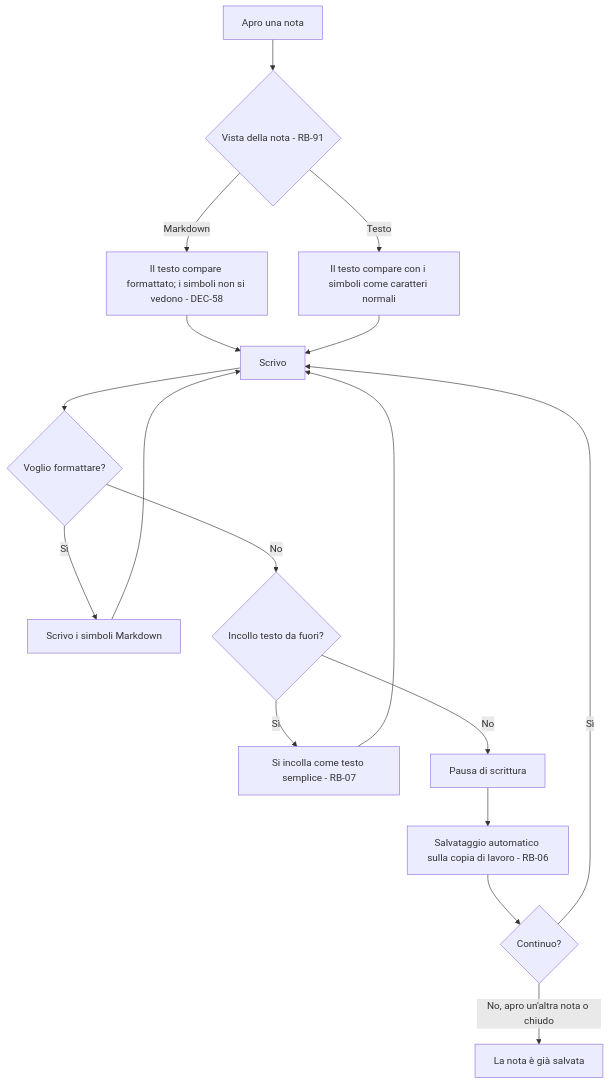
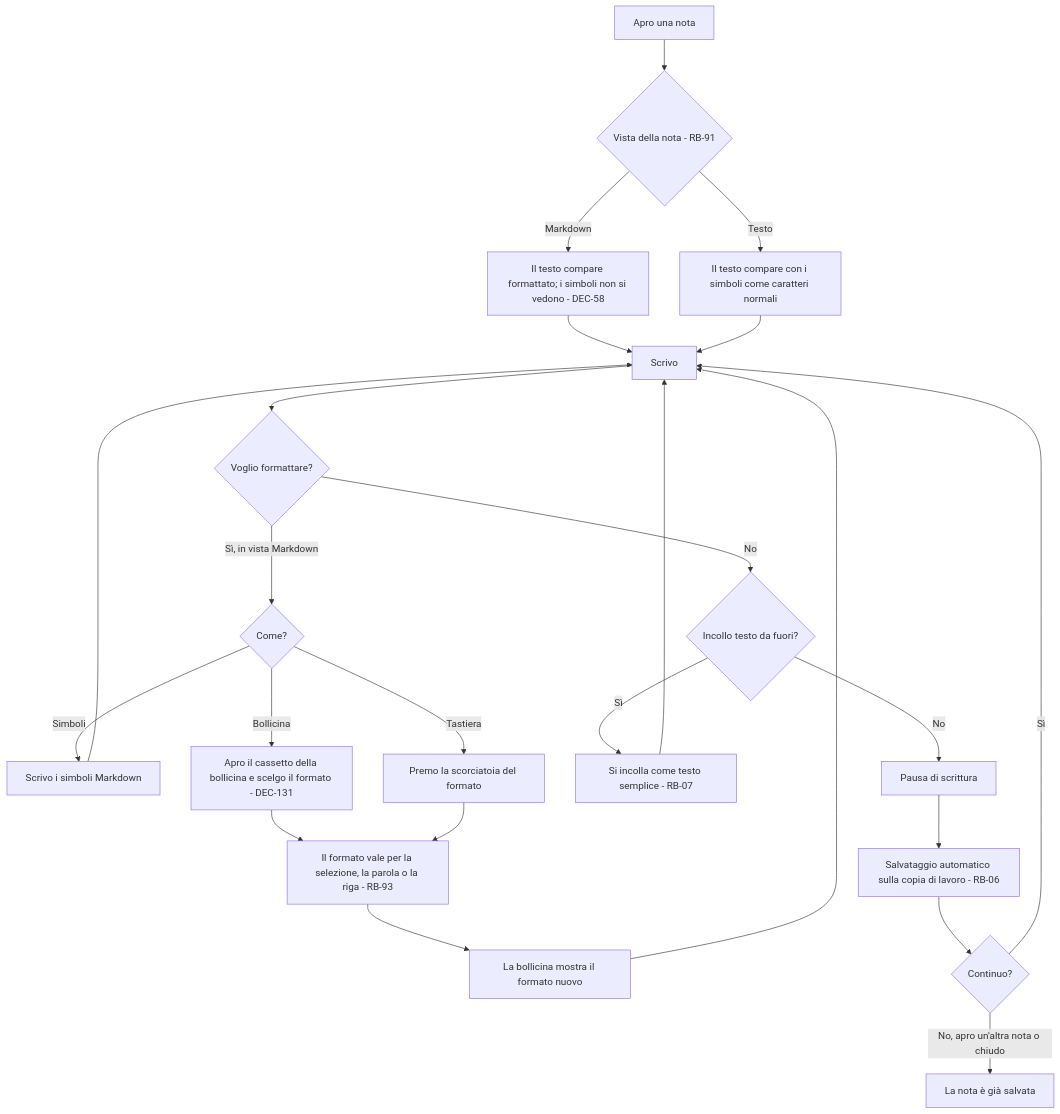
Before and after one commit to Helmutsti/MemoDu: the third of 5 diagrams in docs/moduli/note/2-flussi.md, drawn with Mermaid. The commit also changed other lines of this file and 2 other files, not shown here.

Commit message:
DEC-131: Fase 2 di RF-02, la bollicina in FL-02 e RB-93 … RB-96

````diff
--- a/docs/moduli/note/2-flussi.md
+++ b/docs/moduli/note/2-flussi.md
@@ -86,19 +86,26 @@
 ```mermaid
 flowchart TD
     A[Apro una nota] --> V{Vista della nota - RB-91}
     V -- Markdown --> B[Il testo compare formattato; i simboli non si vedono - DEC-58]
     V -- Testo --> B2[Il testo compare con i simboli come caratteri normali]
     B --> C[Scrivo]
     B2 --> C
     C --> D{Voglio formattare?}
-    D -- Sì --> E[Scrivo i simboli Markdown]
+    D -- Sì, in vista Markdown --> M{Come?}
+    M -- Simboli --> E[Scrivo i simboli Markdown]
+    M -- Bollicina --> P[Apro il cassetto della bollicina e scelgo il formato - DEC-131]
+    M -- Tastiera --> T[Premo la scorciatoia del formato]
+    P --> Q[Il formato vale per la selezione, la parola o la riga - RB-93]
+    T --> Q
+    Q --> R[La bollicina mostra il formato nuovo]
     E --> C
+    R --> C
     D -- No --> F{Incollo testo da fuori?}
     F -- Sì --> G[Si incolla come testo semplice - RB-07]
     G --> C
     F -- No --> H[Pausa di scrittura]
     H --> I[Salvataggio automatico sulla copia di lavoro - RB-06]
     I --> J{Continuo?}
     J -- Sì --> C
     J -- No, apro un'altra nota o chiudo --> K[La nota è già salvata]
 ```
````
